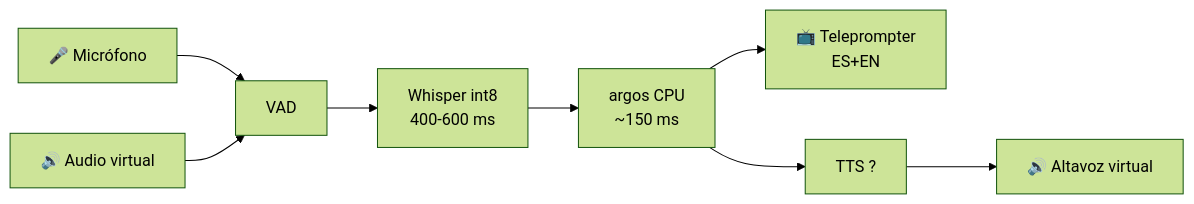
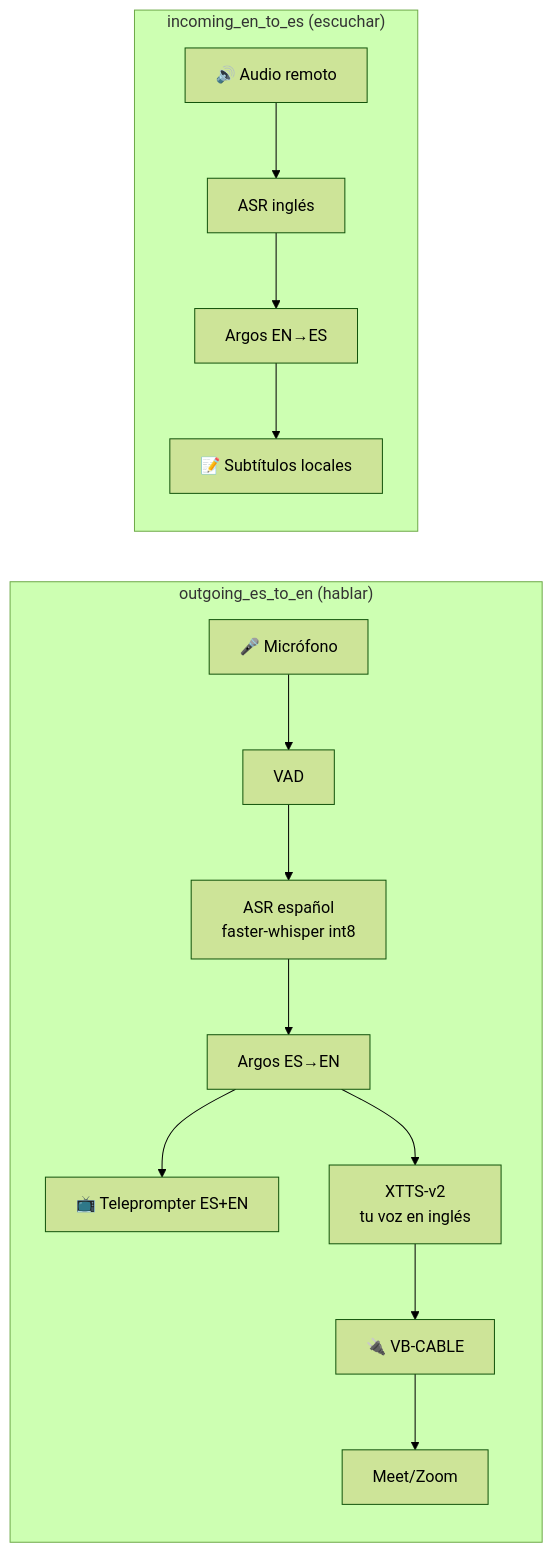
One commit to KevinGracianoL/traductor-voz-entrevistas changed the diagram in README.md. Above: the diagram before and after it, drawn with Mermaid (forest theme). The commit also changed other lines of this file, not shown here.

Commit message:
docs: README de portafolio - veredicto medido, journey de las 5 capas, estructura y roadmap al día

````diff
--- a/README.md
+++ b/README.md
@@ -41,10 +60,17 @@
 ```mermaid
 flowchart LR
-    M1[🎤 Micrófono] --> VAD
-    M2[🔊 Audio virtual] --> VAD
-    VAD --> ASR[Whisper int8<br/>400-600 ms]
-    ASR --> TR[argos CPU<br/>~150 ms]
-    TR --> TP[📺 Teleprompter<br/>ES+EN]
-    TR --> TTS[TTS ?]
-    TTS --> SPK[🔊 Altavoz virtual]
+    subgraph OUT["outgoing_es_to_en (hablar)"]
+        M1[🎤 Micrófono] --> VAD[VAD]
+        VAD --> ASR[ASR español<br/>faster-whisper int8]
+        ASR --> TR[Argos ES→EN]
+        TR --> TP[📺 Teleprompter ES+EN]
+        TR --> TTS[XTTS-v2<br/>tu voz en inglés]
+        TTS --> CABLE[🔌 VB-CABLE]
+        CABLE --> MEET[Meet/Zoom]
+    end
+    subgraph IN["incoming_en_to_es (escuchar)"]
+        REM[🔊 Audio remoto] --> ASREN[ASR inglés]
+        ASREN --> TR2[Argos EN→ES]
+        TR2 --> SUB[📝 Subtítulos locales]
+    end
 ```
````
